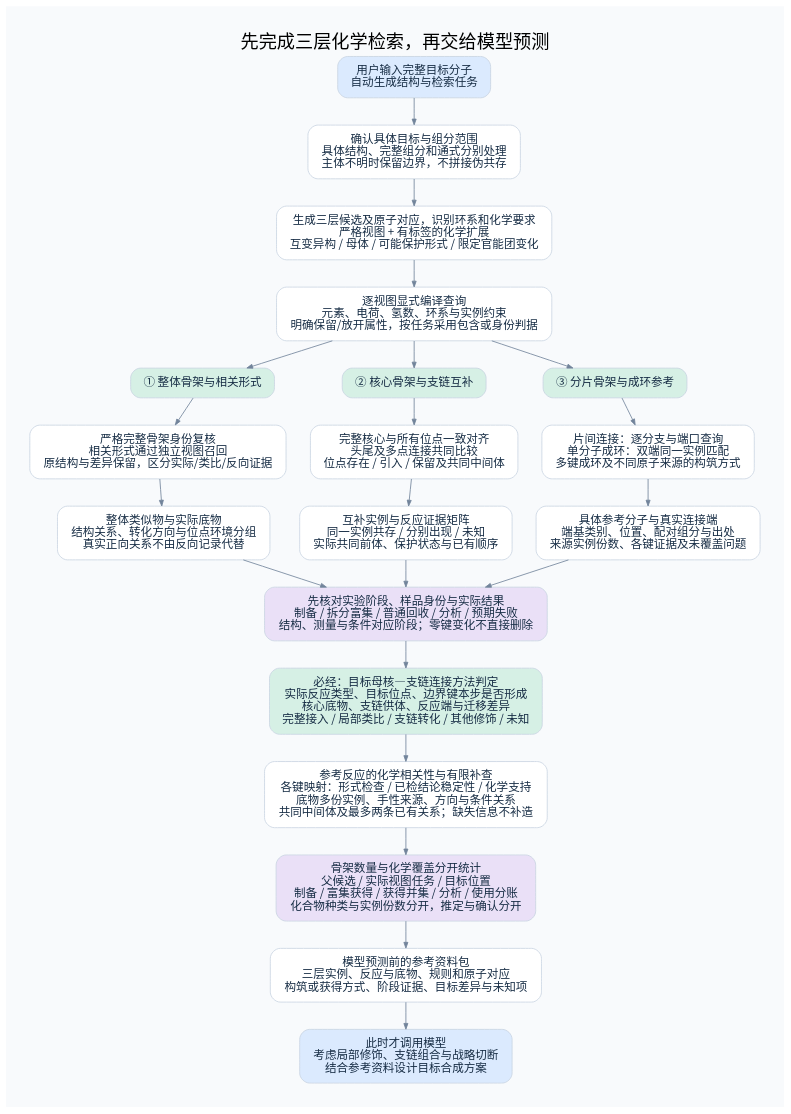
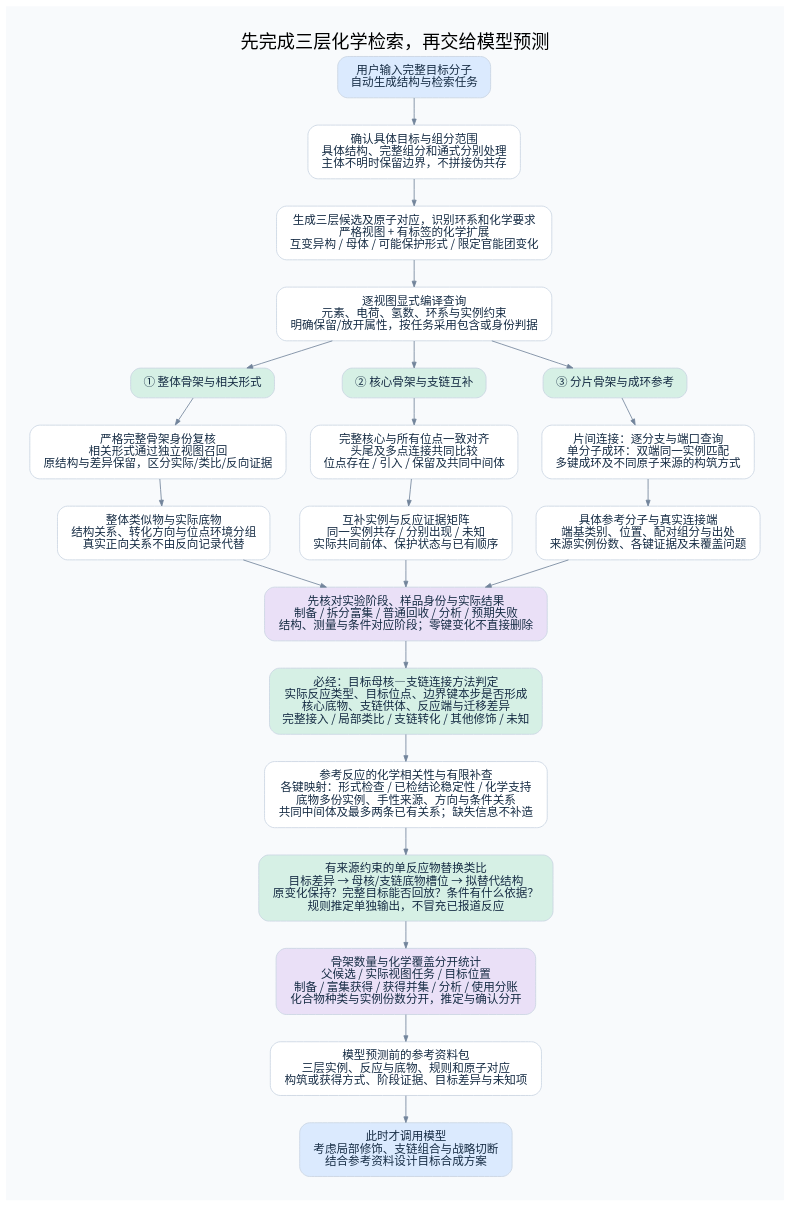
One commit to 825728139/substructure_search changed the diagram in diagrams/scaffold-search.dot. Above: the diagram before and after it, drawn with Graphviz. The commit also changed 20 other files, not shown here.

```diff
--- a/diagrams/scaffold-search.dot
+++ b/diagrams/scaffold-search.dot
@@ -1,68 +1,72 @@
 digraph G {
 
 graph [rankdir=TB, bgcolor="#F8FAFC", pad="0.4", nodesep="0.40", ranksep="0.46", fontname="Noto Sans CJK SC", fontsize=22, labelloc=t];
 node [shape=box, style="rounded,filled", fillcolor="white", color="#CAD5E2", fontcolor="#172D45", fontname="Noto Sans CJK SC", fontsize=14, margin="0.20,0.14"];
 edge [color="#72849B", arrowsize=0.7, fontname="Noto Sans CJK SC", fontsize=11, fontcolor="#526477"];
 
 label="先完成三层化学检索，再交给模型预测";
 a [label="用户输入完整目标分子
 自动生成结构与检索任务", fillcolor="#DBEAFE"];
 b [label="生成三层候选及原子对应，识别环系和化学要求
 严格视图 + 有标签的化学扩展
 互变异构 / 母体 / 可能保护形式 / 限定官能团变化"];
 g [label="① 整体骨架与相关形式", fillcolor="#D6F0E5"];
 c [label="② 核心骨架与支链互补", fillcolor="#D6F0E5"];
 f [label="③ 分片骨架与成环参考", fillcolor="#D6F0E5"];
 g1 [label="严格完整骨架身份复核
 相关形式通过独立视图召回
 原结构与差异保留，区分实际/类比/反向证据"];
 c1 [label="完整核心与所有位点一致对齐
 头尾及多点连接共同比较
 位点存在 / 引入 / 保留及共同中间体"];
 f1 [label="片间连接：逐分支与端口查询
 单分子成环：双端同一实例匹配
 多键成环及不同原子来源的构筑方式"];
 g2 [label="整体类似物与实际底物
 结构关系、转化方向与位点环境分组
 真实正向关系不由反向记录代替"];
 c2 [label="互补实例与反应证据矩阵
 同一实例共存 / 分别出现 / 未知
 实际共同前体、保护状态与已有顺序"];
 f2 [label="具体参考分子与真实连接端
 端基类别、位置、配对组分与出处
 来源实例份数、各键证据及未覆盖问题"];
 roles [label="先核对实验阶段、样品身份与实际结果
 制备 / 拆分富集 / 普通回收 / 分析 / 预期失败
 结构、测量与条件对应阶段；零键变化不直接删除", fillcolor="#EAE0F7"];
 quality [label="参考反应的化学相关性与有限补查
 各键映射：形式检查 / 已检结论稳定性 / 化学支持
 底物多份实例、手性来源、方向与条件关系
 共同中间体及最多两条已有关系；缺失信息不补造"];
 stats [label="骨架数量与化学覆盖分开统计
 父候选 / 实际视图任务 / 目标位置
 制备 / 富集获得 / 获得并集 / 分析 / 使用分账
 化合物种类与实例份数分开，推定与确认分开", fillcolor="#EAE0F7"];
 pack [label="模型预测前的参考资料包
 三层实例、反应与底物、规则和原子对应
 构筑或获得方式、阶段证据、目标差异与未知项"];
 model [label="此时才调用模型
 考虑局部修饰、支链组合与战略切断
 结合参考资料设计目标合成方案", fillcolor="#DBEAFE"];
 input_scope [label="确认具体目标与组分范围
 具体结构、完整组分和通式分别处理
 主体不明时保留边界，不拼接伪共存"];
 a -> input_scope -> b;
 compiled [label="逐视图显式编译查询
 元素、电荷、氢数、环系与实例约束
 明确保留/放开属性，按任务采用包含或身份判据"];
 b -> compiled; compiled -> g; compiled -> c; compiled -> f;
 g -> g1 -> g2;
 c -> c1 -> c2;
 f -> f1 -> f2;
 g2 -> roles; c2 -> roles; f2 -> roles;
 attachment [label="必经：目标母核—支链连接方法判定
 实际反应类型、目标位点、边界键本步是否形成
 核心底物、支链供体、反应端与迁移差异
 完整接入 / 局部类比 / 支链转化 / 其他修饰 / 未知", fillcolor="#D6F0E5"];
-roles -> attachment -> quality -> stats -> pack -> model;
+transfer [label="有来源约束的单反应物替换类比
+目标差异 → 母核/支链底物槽位 → 拟替代结构
+原变化保持？完整目标能否回放？条件有什么依据？
+规则推定单独输出，不冒充已报道反应", fillcolor="#D6F0E5"];
+roles -> attachment -> quality -> transfer -> stats -> pack -> model;
 }
```
